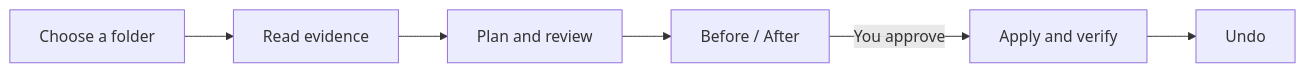
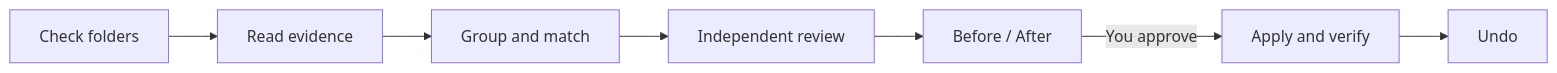
One commit to DJMike2/QuickFiles changed the diagram in docs/organizer-process.md. Above: the diagram before and after it, drawn with Mermaid. The commit also changed other lines of this file, not shown here.

Commit message:
Document model folder checks and verified organizer safeguards

````diff
--- a/docs/organizer-process.md
+++ b/docs/organizer-process.md
@@ -11,8 +11,9 @@
 ```mermaid
 flowchart LR
-    A[Choose a folder] --> B[Read evidence]
-    B --> C[Plan and review]
-    C --> D[Before / After]
-    D -->|You approve| E[Apply and verify]
-    E --> F[Undo]
+    A[Check folders] --> B[Read evidence]
+    B --> C[Group and match]
+    C --> D[Independent review]
+    D --> E[Before / After]
+    E -->|You approve| F[Apply and verify]
+    F --> G[Undo]
 ```
````
